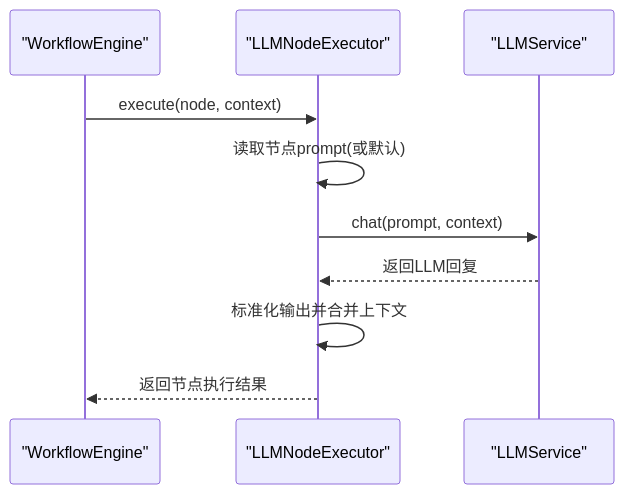
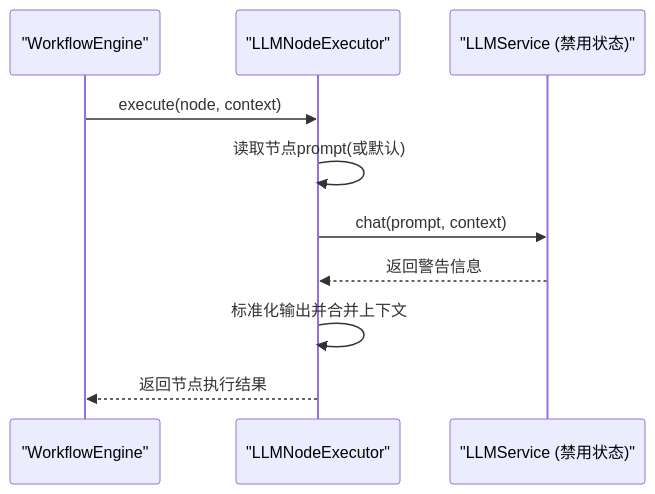
Before and after one commit to cxz64323/bokagent: the fourth of 8 diagrams in .qoder/repowiki/zh/content/多LLM集成/LLM服务抽象层.md, drawn with Mermaid. The commit also changed other lines of this file and 6 other files, not shown here.

````diff
--- a/.qoder/repowiki/zh/content/多LLM集成/LLM服务抽象层.md
+++ b/.qoder/repowiki/zh/content/多LLM集成/LLM服务抽象层.md
@@ -196,12 +211,12 @@
 ```mermaid
 sequenceDiagram
 participant Engine as "WorkflowEngine"
 participant Exec as "LLMNodeExecutor"
-participant Service as "LLMService"
+participant Service as "LLMService (禁用状态)"
 Engine->>Exec : execute(node, context)
 Exec->>Exec : 读取节点prompt(或默认)
 Exec->>Service : chat(prompt, context)
-Service-->>Exec : 返回LLM回复
+Service-->>Exec : 返回警告信息
 Exec->>Exec : 标准化输出并合并上下文
 Exec-->>Engine : 返回节点执行结果
 ```
````
